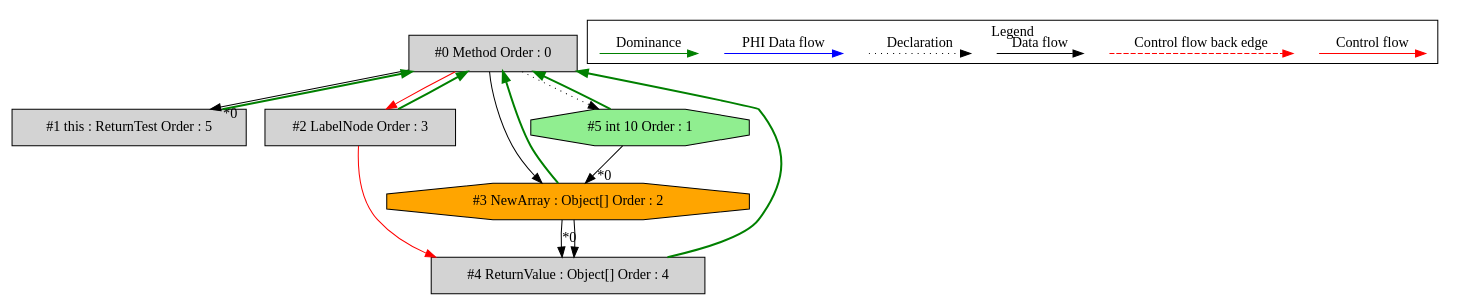
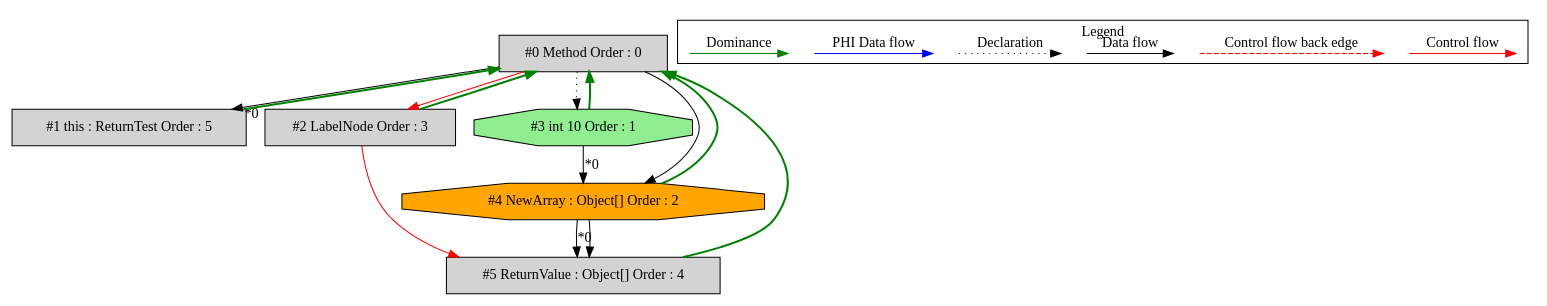
The diagram in de.mirkosertic.metair.ir.examples.ReturnTest/returnArray/ir_dominatortree.dot (mirkosertic/MetaIR), drawn with Graphviz before and after one commit. The commit also changed 883 other files, not shown here.

```diff
--- a/de.mirkosertic.metair.ir.examples.ReturnTest/returnArray/ir_dominatortree.dot
+++ b/de.mirkosertic.metair.ir.examples.ReturnTest/returnArray/ir_dominatortree.dot
@@ -1,48 +1,48 @@
 digraph debugoutput {
  ordering="in";
  node0[label="#0 Method Order : 0",shape=box, fillcolor=lightgrey, style=filled];
  node1[label="#1 this : ReturnTest Order : 5",shape=box, fillcolor=lightgrey, style=filled];
  node1 -> node0[dir="forward" color="green" penwidth="2"];
  node0 -> node1[headlabel="*0", labeldistance=2];
  node2[label="#2 LabelNode Order : 3",shape=box, fillcolor=lightgrey, style=filled];
  node2 -> node0[dir="forward" color="green" penwidth="2"];
  node0 -> node2[labeldistance=2, color=red, fontcolor=red];
- node3[label="#3 NewArray : Object[] Order : 2",shape=octagon, fillcolor=orange, style=filled];
+ node3[label="#3 int 10 Order : 1",shape=octagon, fillcolor=lightgreen, style=filled];
  node3 -> node0[dir="forward" color="green" penwidth="2"];
- node5 -> node3[headlabel="*0", labeldistance=2];
- node0 -> node3;
- node4[label="#4 ReturnValue : Object[] Order : 4",shape=box, fillcolor=lightgrey, style=filled];
+ node0 -> node3[style=dotted];
+ node4[label="#4 NewArray : Object[] Order : 2",shape=octagon, fillcolor=orange, style=filled];
  node4 -> node0[dir="forward" color="green" penwidth="2"];
  node3 -> node4[headlabel="*0", labeldistance=2];
- node2 -> node4[labeldistance=2, color=red, fontcolor=red];
- node3 -> node4;
- node5[label="#5 int 10 Order : 1",shape=octagon, fillcolor=lightgreen, style=filled];
+ node0 -> node4;
+ node5[label="#5 ReturnValue : Object[] Order : 4",shape=box, fillcolor=lightgrey, style=filled];
  node5 -> node0[dir="forward" color="green" penwidth="2"];
- node0 -> node5[style=dotted];
+ node4 -> node5[headlabel="*0", labeldistance=2];
+ node2 -> node5[labeldistance=2, color=red, fontcolor=red];
+ node4 -> node5;
  subgraph cluster_000 {
   label = "Legend";
   node [shape=point]
   {
    rank=same;
    c0 [style = invis];
    c1 [style = invis];
    c2 [style = invis];
    c3 [style = invis];
    d0 [style = invis];
    d1 [style = invis];
    d2 [style = invis];
    d3 [style = invis];
    d4 [style = invis];
    d5 [style = invis];
    d6 [style = invis];
    d7 [style = invis];
   }
   c0 -> c1 [label="Control flow", style=solid, color=red]
   c2 -> c3 [label="Control flow back edge", style=dashed, color=red]
   d0 -> d1 [label="Data flow"]
   d2 -> d3 [label="Declaration", style=dotted]
   d4 -> d5 [label="PHI Data flow", color=blue]
   d6 -> d7 [label="Dominance", color=green]
  }
 
 }
```
